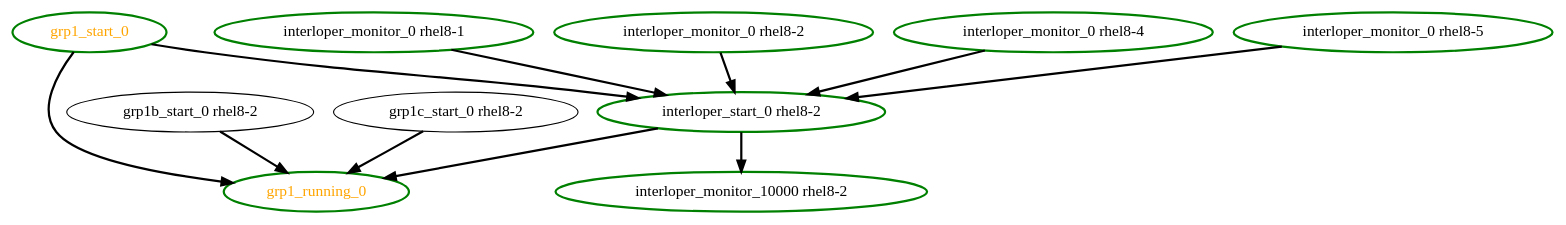
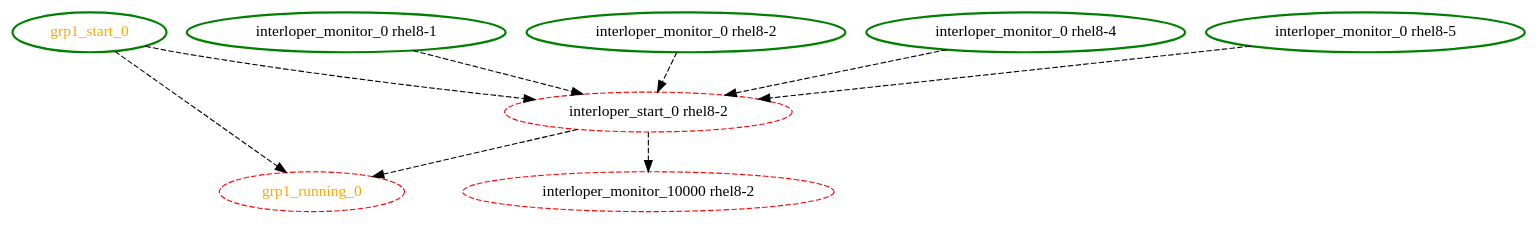
Before and after one commit to ClusterLabs/pacemaker: the diagram in cts/scheduler/dot/partial-unmanaged-group.dot, drawn with Graphviz. The commit also changed 7 other files, not shown here.

```diff
--- a/cts/scheduler/dot/partial-unmanaged-group.dot
+++ b/cts/scheduler/dot/partial-unmanaged-group.dot
@@ -1,20 +1,18 @@
  digraph "g" {
-"grp1_running_0" [ style=bold color="green" fontcolor="orange"]
-"grp1_start_0" -> "grp1_running_0" [ style = bold]
-"grp1_start_0" -> "interloper_start_0 rhel8-2" [ style = bold]
+"grp1_running_0" [ style=dashed color="red" fontcolor="orange"]
+"grp1_start_0" -> "grp1_running_0" [ style = dashed]
+"grp1_start_0" -> "interloper_start_0 rhel8-2" [ style = dashed]
 "grp1_start_0" [ style=bold color="green" fontcolor="orange"]
-"grp1b_start_0 rhel8-2" -> "grp1_running_0" [ style = bold]
-"grp1c_start_0 rhel8-2" -> "grp1_running_0" [ style = bold]
-"interloper_monitor_0 rhel8-1" -> "interloper_start_0 rhel8-2" [ style = bold]
+"interloper_monitor_0 rhel8-1" -> "interloper_start_0 rhel8-2" [ style = dashed]
 "interloper_monitor_0 rhel8-1" [ style=bold color="green" fontcolor="black"]
-"interloper_monitor_0 rhel8-2" -> "interloper_start_0 rhel8-2" [ style = bold]
+"interloper_monitor_0 rhel8-2" -> "interloper_start_0 rhel8-2" [ style = dashed]
 "interloper_monitor_0 rhel8-2" [ style=bold color="green" fontcolor="black"]
-"interloper_monitor_0 rhel8-4" -> "interloper_start_0 rhel8-2" [ style = bold]
+"interloper_monitor_0 rhel8-4" -> "interloper_start_0 rhel8-2" [ style = dashed]
 "interloper_monitor_0 rhel8-4" [ style=bold color="green" fontcolor="black"]
-"interloper_monitor_0 rhel8-5" -> "interloper_start_0 rhel8-2" [ style = bold]
+"interloper_monitor_0 rhel8-5" -> "interloper_start_0 rhel8-2" [ style = dashed]
 "interloper_monitor_0 rhel8-5" [ style=bold color="green" fontcolor="black"]
-"interloper_monitor_10000 rhel8-2" [ style=bold color="green" fontcolor="black"]
-"interloper_start_0 rhel8-2" -> "grp1_running_0" [ style = bold]
-"interloper_start_0 rhel8-2" -> "interloper_monitor_10000 rhel8-2" [ style = bold]
-"interloper_start_0 rhel8-2" [ style=bold color="green" fontcolor="black"]
+"interloper_monitor_10000 rhel8-2" [ style=dashed color="red" fontcolor="black"]
+"interloper_start_0 rhel8-2" -> "grp1_running_0" [ style = dashed]
+"interloper_start_0 rhel8-2" -> "interloper_monitor_10000 rhel8-2" [ style = dashed]
+"interloper_start_0 rhel8-2" [ style=dashed color="red" fontcolor="black"]
 }
```
